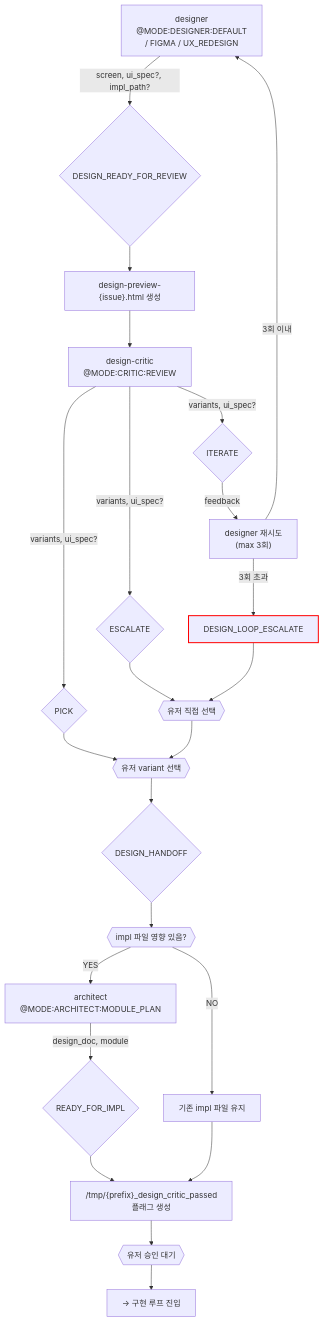
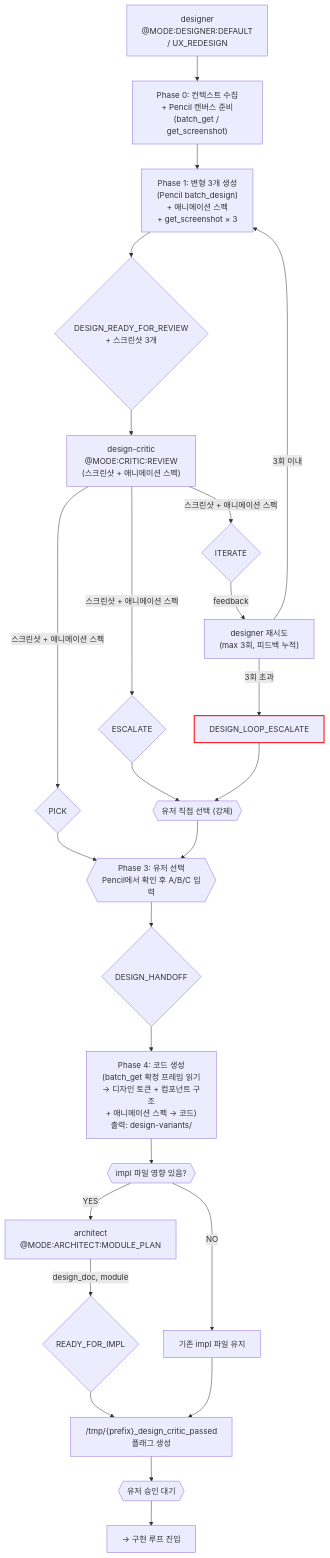
One commit to alruminum/ClaudeCodeAgentPrompt changed the diagram in orchestration/design.md. Above: the diagram before and after it, drawn with Mermaid. The commit also changed other lines of this file and 17 other files, not shown here.

First line of the commit message:
feat(design): design-workflow-v2 반영 — Pencil MCP 기반으로 전환 (Figma/Stitch/HTML 제거)

````diff
--- a/orchestration/design.md
+++ b/orchestration/design.md
@@ -7,55 +7,78 @@
 ```mermaid
 flowchart TD
-    DES["designer\n@MODE:DESIGNER:DEFAULT\n/ FIGMA / UX_REDESIGN"]
-    DRR{"DESIGN_READY_FOR_REVIEW"}
-    HTML["design-preview-{issue}.html 생성"]
+    DES["designer
+@MODE:DESIGNER:DEFAULT
+/ UX_REDESIGN"]
+    P0["Phase 0: 컨텍스트 수집
++ Pencil 캔버스 준비
+(batch_get / get_screenshot)"]
+    P1["Phase 1: 변형 3개 생성
+(Pencil batch_design)
++ 애니메이션 스펙
++ get_screenshot × 3"]
+    DRR{"DESIGN_READY_FOR_REVIEW
++ 스크린샷 3개"}
 
-    CRITIC["design-critic\n@MODE:CRITIC:REVIEW"]
+    CRITIC["design-critic
+@MODE:CRITIC:REVIEW
+(스크린샷 + 애니메이션 스펙)"]
 
     PICK{"PICK"}
     ITERATE{"ITERATE"}
     ESC_CRITIC{"ESCALATE"}
 
-    DES_RETRY["designer 재시도\n(max 3회)"]
+    DES_RETRY["designer 재시도
+(max 3회, 피드백 누적)"]
     DLE["DESIGN_LOOP_ESCALATE"]:::escalation
-    USER_PICK{{"유저 직접 선택"}}
+    USER_PICK{{"유저 직접 선택 (강제)"}}
 
-    USER_SELECT{{"유저 variant 선택"}}
+    PHASE3{{"Phase 3: 유저 선택
+Pencil에서 확인 후 A/B/C 입력"}}
     HANDOFF{"DESIGN_HANDOFF"}
 
+    P4["Phase 4: 코드 생성
+(batch_get 확정 프레임 읽기
+→ 디자인 토큰 + 컴포넌트 구조
++ 애니메이션 스펙 → 코드)
+출력: design-variants/"]
+
     IMPL_CHK{{"impl 파일 영향 있음?"}}
-    ARC_MP["architect\n@MODE:ARCHITECT:MODULE_PLAN"]
+    ARC_MP["architect
+@MODE:ARCHITECT:MODULE_PLAN"]
     RFI{"READY_FOR_IMPL"}
     KEEP["기존 impl 파일 유지"]
 
-    FLAG["/tmp/{prefix}_design_critic_passed\n플래그 생성"]
+    FLAG["/tmp/{prefix}_design_critic_passed
+플래그 생성"]
     USER_APPROVE{{"유저 승인 대기"}}
     IMPL_ENTRY["→ 구현 루프 진입"]
 
-    DES -->|"screen, ui_spec?, impl_path?"| DRR
-    DRR --> HTML
-    HTML --> CRITIC
-    CRITIC -->|"variants, ui_spec?"| PICK
-    CRITIC -->|"variants, ui_spec?"| ITERATE
-    CRITIC -->|"variants, ui_spec?"| ESC_CRITIC
+    DES --> P0
+    P0 --> P1
+    P1 --> DRR
+    DRR --> CRITIC
+    CRITIC -->|"스크린샷 + 애니메이션 스펙"| PICK
+    CRITIC -->|"스크린샷 + 애니메이션 스펙"| ITERATE
+    CRITIC -->|"스크린샷 + 애니메이션 스펙"| ESC_CRITIC
 
-    PICK --> USER_SELECT
+    PICK --> PHASE3
     ITERATE -->|feedback| DES_RETRY
     DES_RETRY -->|"3회 초과"| DLE
-    DES_RETRY -->|"3회 이내"| DES
+    DES_RETRY -->|"3회 이내"| P1
     ESC_CRITIC --> USER_PICK
     DLE --> USER_PICK
-    USER_PICK --> USER_SELECT
+    USER_PICK --> PHASE3
 
-    USER_SELECT --> HANDOFF
-    HANDOFF --> IMPL_CHK
+    PHASE3 --> HANDOFF
+    HANDOFF --> P4
+    P4 --> IMPL_CHK
     IMPL_CHK -->|YES| ARC_MP
     ARC_MP -->|"design_doc, module"| RFI
     IMPL_CHK -->|NO| KEEP
     RFI --> FLAG
     KEEP --> FLAG
     FLAG --> USER_APPROVE
     USER_APPROVE --> IMPL_ENTRY
 
     classDef escalation stroke:#f00,stroke-width:2px
 ```
````
